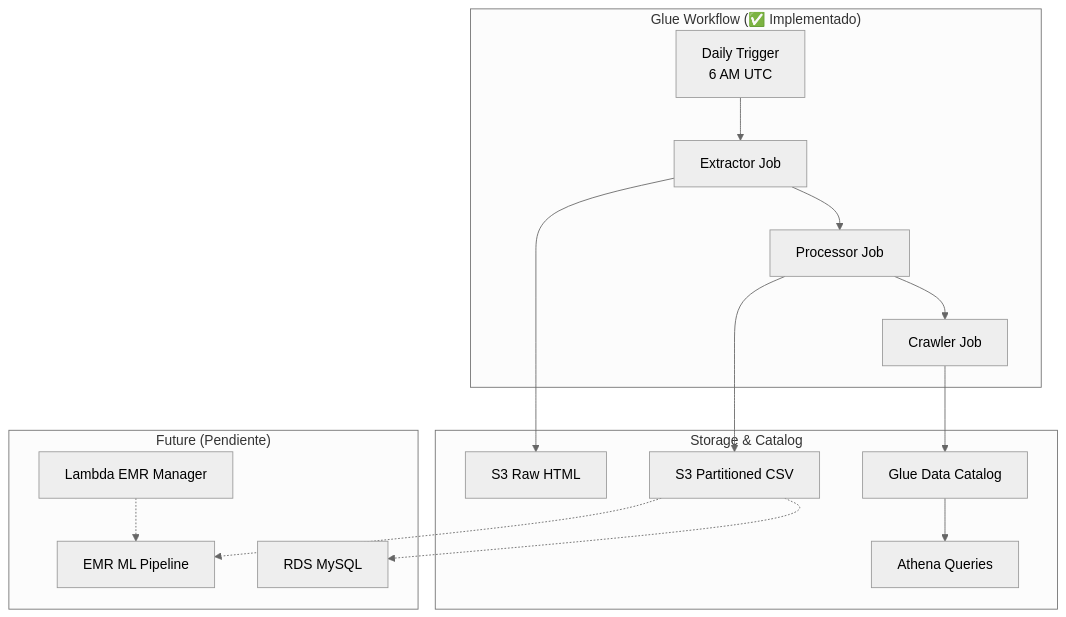
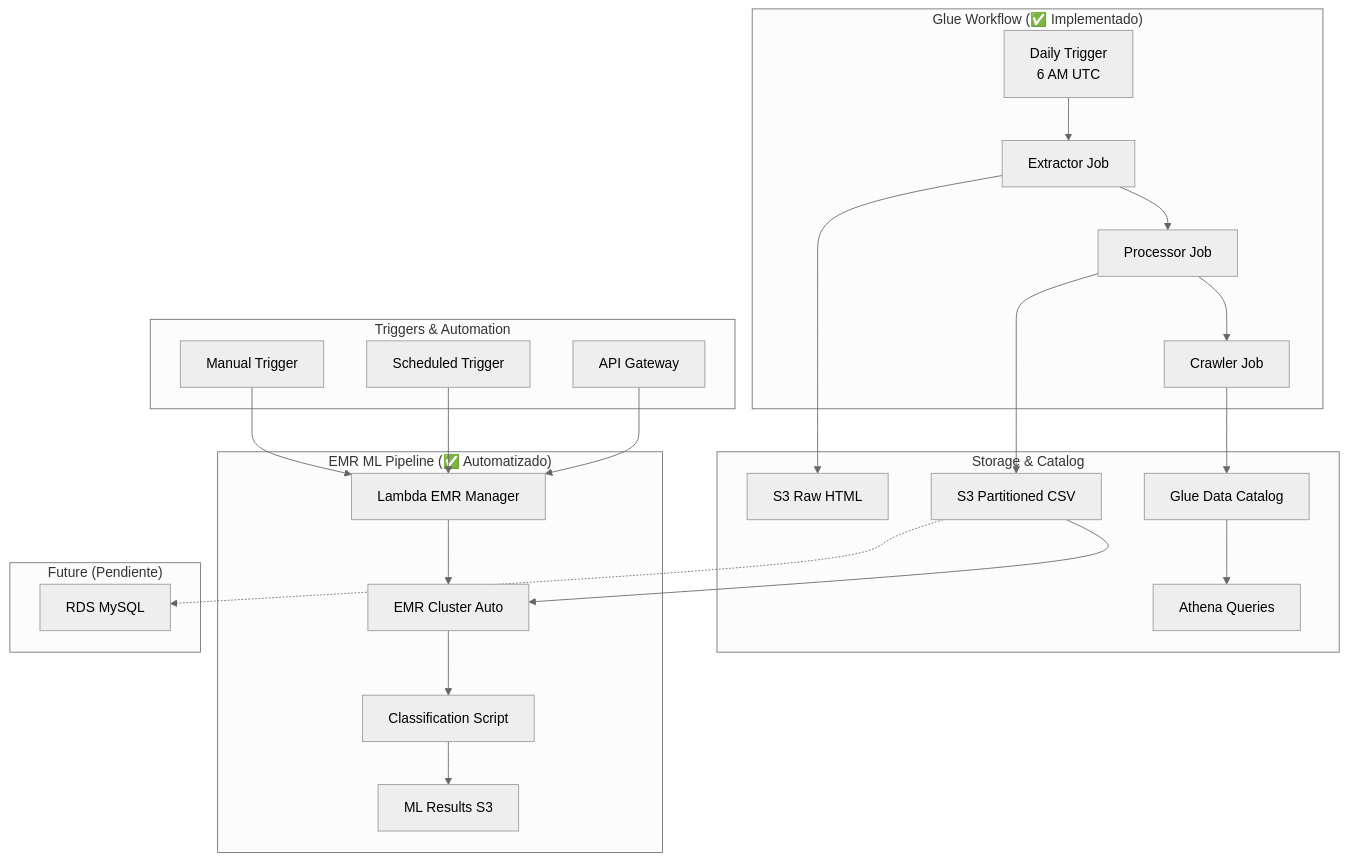
The diagram in README.md (DaniV3611/BIG-DATA-Final), drawn with Mermaid (neutral theme) before and after one commit. The commit also changed other lines of this file and 8 other files, not shown here.

````diff
--- a/README.md
+++ b/README.md
@@ -193,30 +273,48 @@
 ```mermaid
 graph TB
     subgraph "Glue Workflow (✅ Implementado)"
         A[Daily Trigger<br/>6 AM UTC] --> B[Extractor Job]
         B --> C[Processor Job]  
         C --> D[Crawler Job]
     end
     
     subgraph "Storage & Catalog"
         E[S3 Raw HTML]
         F[S3 Partitioned CSV]
         G[Glue Data Catalog]
         H[Athena Queries]
     end
     
     B --> E
     C --> F
     D --> G
     G --> H
     
-    subgraph "Future (Pendiente)"
-        I[RDS MySQL]
-        J[EMR ML Pipeline]
-        K[Lambda EMR Manager]
+    subgraph "EMR ML Pipeline (✅ Automatizado)"
+        I[Lambda EMR Manager]
+        J[EMR Cluster Auto]
+        K[Classification Script]
+        L[ML Results S3]
     end
     
-    F -.-> I
-    F -.-> J
-    K -.-> J
+    I --> J
+    J --> K
+    K --> L
+    F --> J
+    
+    subgraph "Triggers & Automation"
+        M[Manual Trigger]
+        N[Scheduled Trigger]
+        O[API Gateway]
+    end
+    
+    M --> I
+    N --> I
+    O --> I
+    
+    subgraph "Future (Pendiente)"
+        P[RDS MySQL]
+    end
+    
+    F -.-> P
 ```
````
